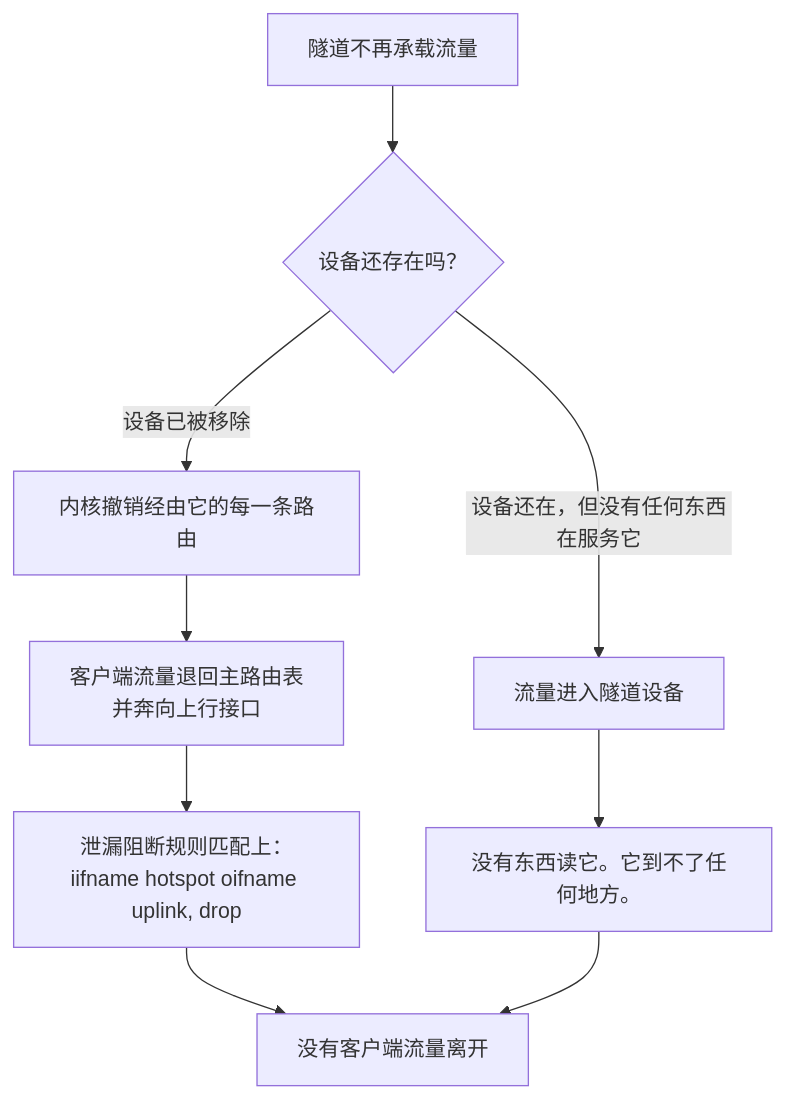
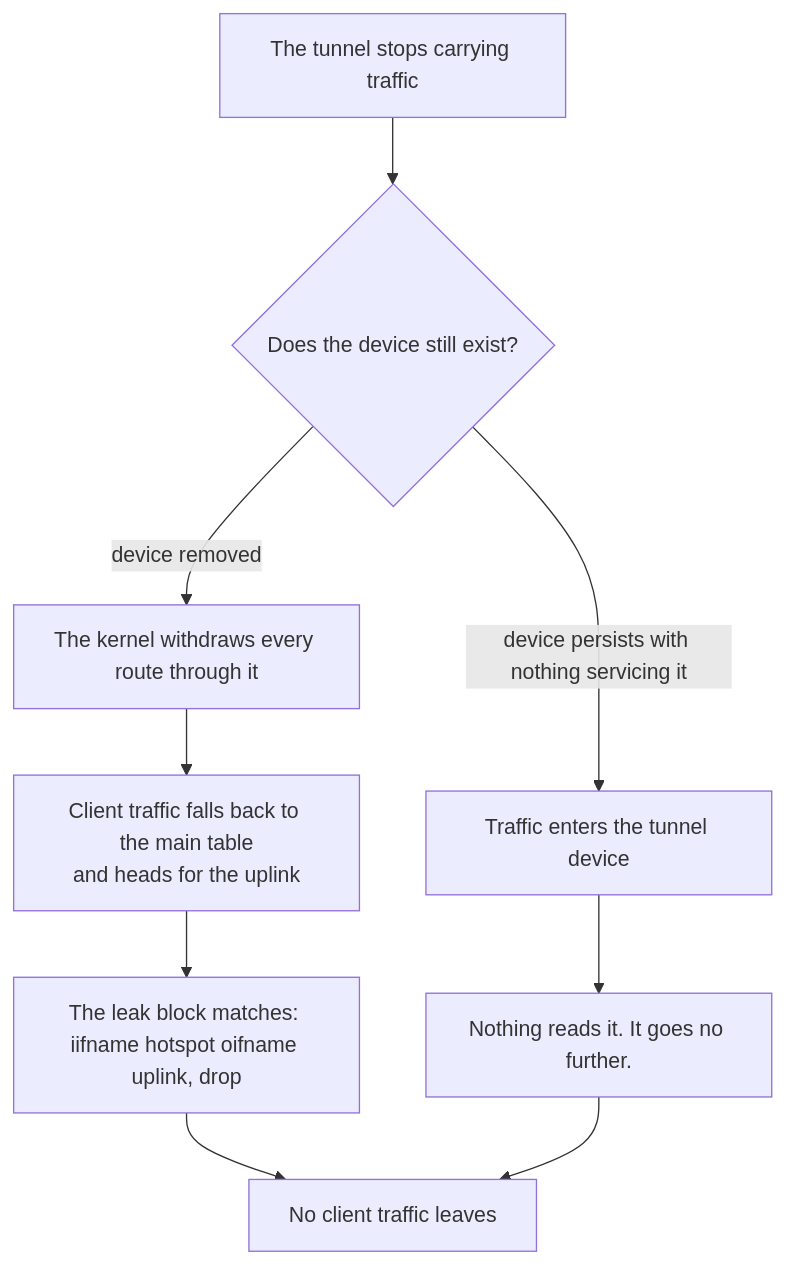
The sixth of 8 diagrams in docs/wiki/Architecture.zh.md (Iman/caspian), drawn with Mermaid before and after one commit. The commit also changed other lines of this file and 149 other files, not shown here.

````diff
--- a/docs/wiki/Architecture.zh.md
+++ b/docs/wiki/Architecture.zh.md
@@ -237,11 +264,11 @@
 ```mermaid
 flowchart TB
-    GONE["隧道不再承载流量"] --> Q{"设备还存在吗？"}
-    Q -->|"设备已被移除"| WD["内核撤销经由它的每一条路由"]
-    WD --> FB["客户端流量退回主路由表<br/>并奔向上行接口"]
-    FB --> LB["泄漏阻断规则匹配上：iifname hotspot oifname uplink, drop"]
-    Q -->|"设备还在，但没有任何东西在服务它"| ENTER["流量进入隧道设备"]
-    ENTER --> NOWHERE["没有东西读它。它到不了任何地方。"]
-    LB --> SAFE["没有客户端流量离开"]
+    GONE["The tunnel stops carrying traffic"] --> Q{"Does the device still exist?"}
+    Q -->|"device removed"| WD["The kernel withdraws every route through it"]
+    WD --> FB["Client traffic falls back to the main table<br/>and heads for the uplink"]
+    FB --> LB["The leak block matches: iifname hotspot oifname uplink, drop"]
+    Q -->|"device persists with nothing servicing it"| ENTER["Traffic enters the tunnel device"]
+    ENTER --> NOWHERE["Nothing reads it. It goes no further."]
+    LB --> SAFE["No client traffic leaves"]
     NOWHERE --> SAFE
 ```
````
